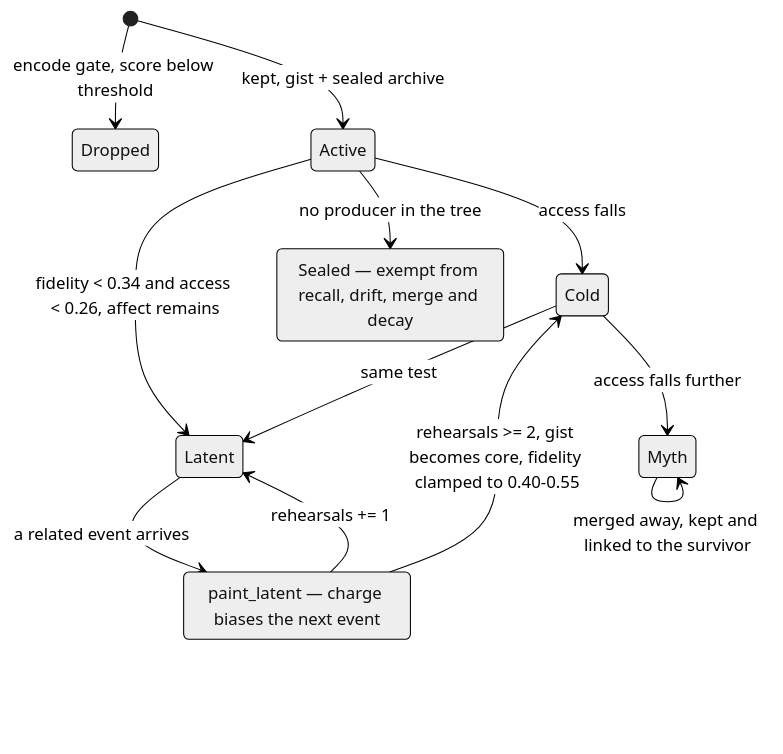
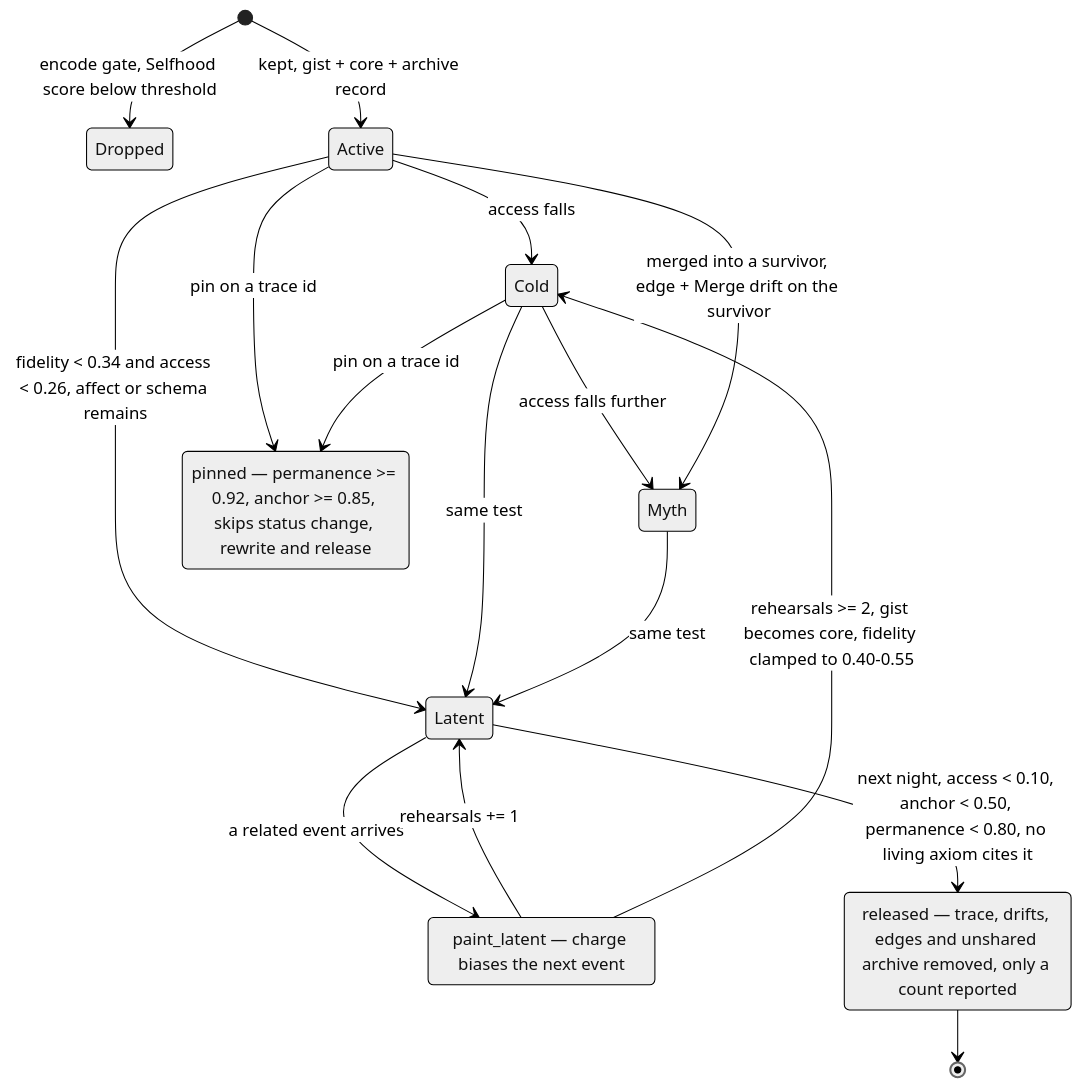
One commit to neoneye/agent-memory-atlas changed the diagram in content/systems/selmem.md. Above: the diagram before and after it, drawn with Mermaid (neutral theme). The commit also changed other lines of this file and 17 other files, not shown here.

First line of the commit message:
Re-read SelMem at 8da0e8d: release deletes a spent trace with its drift log, audit_log withdrawn

````diff
--- a/content/systems/selmem.md
+++ b/content/systems/selmem.md
@@ -63,21 +69,26 @@
 ```mermaid
-%% caption: a decayed episode becomes Latent — withdrawn from all four read paths but still colouring what is encoded next — and returns only after two such paintings, restored as the frozen core rather than the drifted gist
+%% caption: a decayed episode becomes Latent — withdrawn from recall while its affect biases what is encoded next — and, unless revived or cited by a living axiom, leaves the store a night later with its drift log and unshared archive, leaving no record
 stateDiagram-v2
-  [*] --> Dropped: encode gate, score below threshold
-  [*] --> Active: kept, gist + sealed archive
+  [*] --> Dropped: encode gate, Selfhood score below threshold
+  [*] --> Active: kept, gist + core + archive record
 
   Active --> Cold: access falls
   Cold --> Myth: access falls further
-  Active --> Latent: fidelity < 0.34 and access < 0.26, affect remains
+  Active --> Myth: merged into a survivor, edge + Merge drift on the survivor
+  Active --> Latent: fidelity < 0.34 and access < 0.26, affect or schema remains
   Cold --> Latent: same test
+  Myth --> Latent: same test
 
   state "paint_latent — charge biases the next event" as Paint
   Latent --> Paint: a related event arrives
   Paint --> Latent: rehearsals += 1
   Paint --> Cold: rehearsals >= 2, gist becomes core, fidelity clamped to 0.40-0.55
 
-  Myth --> Myth: merged away, kept and linked to the survivor
+  state "released — trace, drifts, edges and unshared archive removed, only a count reported" as Released
+  Latent --> Released: next night, access < 0.10, anchor < 0.50, permanence < 0.80, no living axiom cites it
+  Released --> [*]
 
-  state "Sealed — exempt from recall, drift, merge and decay" as Sealed
-  Active --> Sealed: no producer in the tree
+  state "pinned — permanence >= 0.92, anchor >= 0.85, skips status change, rewrite and release" as Pinned
+  Active --> Pinned: pin on a trace id
+  Cold --> Pinned: pin on a trace id
 ```
````
